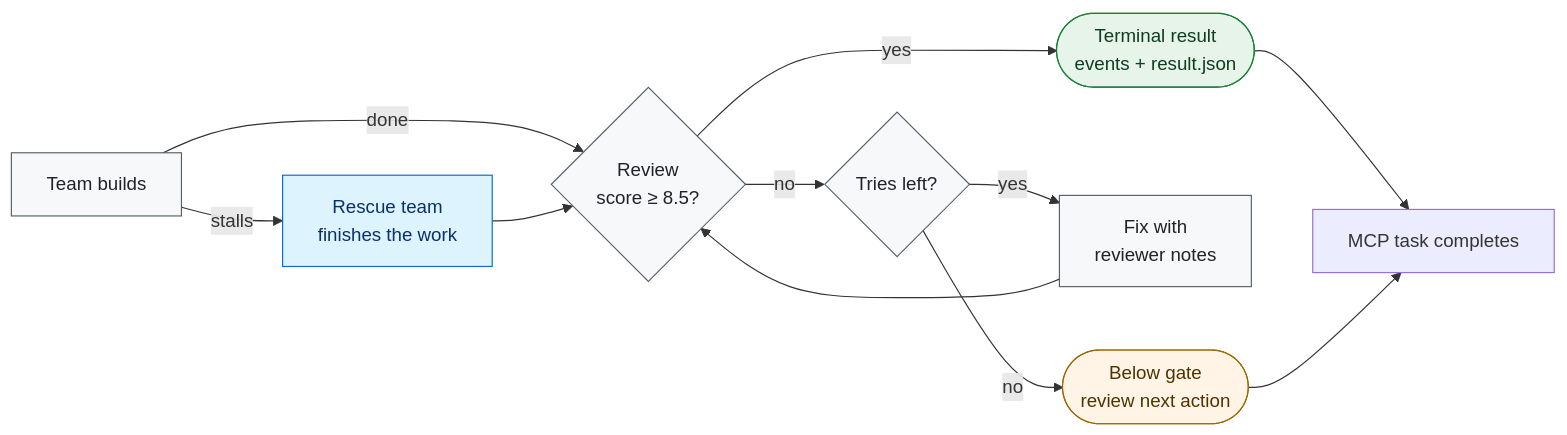
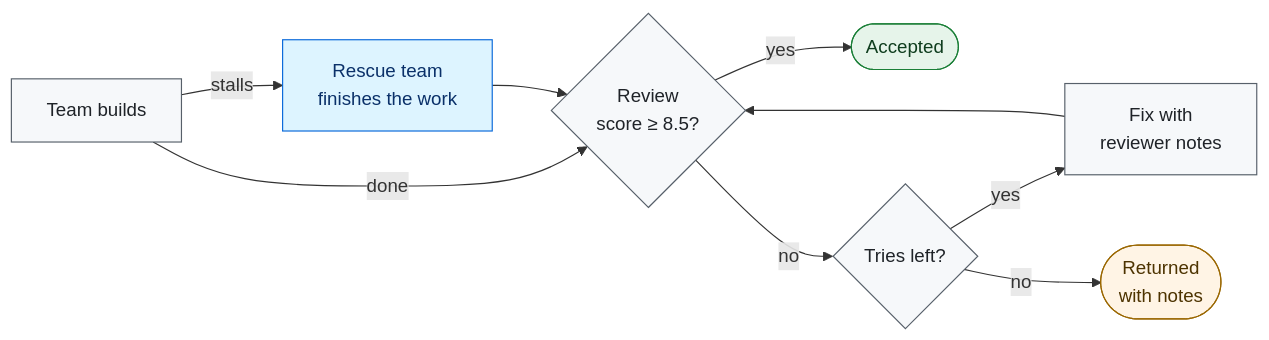
One commit to StanyMwamba/crewforeman-mcp changed the second of 2 diagrams in README.md. Above: the diagram before and after it, drawn with Mermaid. The commit also changed other lines of this file and 33 other files, not shown here.

````diff
--- a/README.md
+++ b/README.md
@@ -16,22 +31,20 @@
 ```mermaid
 flowchart LR
     A[Team builds] -- done --> R{Review<br/>score ≥ 8.5?}
     A -- stalls --> X[Rescue team<br/>finishes the work]
     X --> R
-    R -- yes --> OK([Terminal result<br/>events + result.json])
+    R -- yes --> OK([Accepted])
     R -- no --> T{Tries left?}
     T -- yes --> F[Fix with<br/>reviewer notes]
     F --> R
-    T -- no --> N([Below gate<br/>review next action])
-    OK --> Z[MCP task completes]
-    N --> Z
+    T -- no --> N([Returned<br/>with notes])
 
     classDef good fill:#e6f4ea,stroke:#1a7f37,color:#0f3d1e;
     classDef warn fill:#fff4e5,stroke:#9a6700,color:#4d3300;
     classDef step fill:#f6f8fa,stroke:#57606a,color:#1f2328;
     classDef rescue fill:#ddf4ff,stroke:#0969da,color:#0a3069;
     class OK good;
     class N warn;
     class A,R,T,F step;
     class X rescue;
 ```
````
